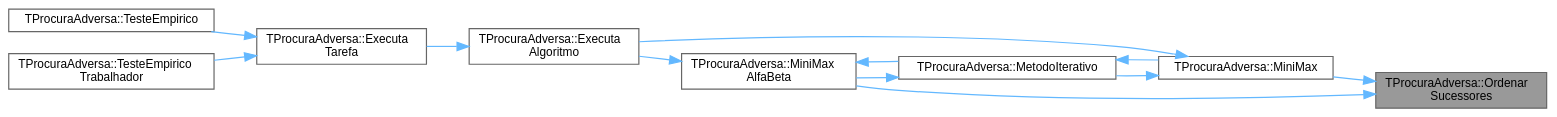
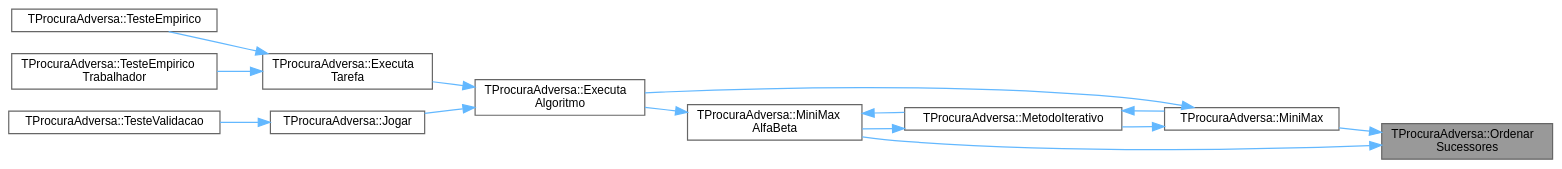
One commit to jcoelho72/TProcura changed the diagram in classTProcuraAdversa_a369a3b5182150b22fd6deb0d46916d49_icgraph.dot. Above: the diagram before and after it, drawn with Graphviz. The commit also changed 175 other files, not shown here.

```diff
--- a/classTProcuraAdversa_a369a3b5182150b22fd6deb0d46916d49_icgraph.dot
+++ b/classTProcuraAdversa_a369a3b5182150b22fd6deb0d46916d49_icgraph.dot
@@ -1,27 +1,31 @@
 digraph "TProcuraAdversa::OrdenarSucessores"
 {
  // LATEX_PDF_SIZE
   bgcolor="transparent";
   edge [fontname=Helvetica,fontsize=10,labelfontname=Helvetica,labelfontsize=10];
   node [fontname=Helvetica,fontsize=10,shape=box,height=0.2,width=0.4];
   rankdir="RL";
   Node1 [id="Node000001",label="TProcuraAdversa::Ordenar\lSucessores",height=0.2,width=0.4,color="gray40", fillcolor="grey60", style="filled", fontcolor="black",tooltip=" "];
   Node1 -> Node2 [id="edge1_Node000001_Node000002",dir="back",color="steelblue1",style="solid",tooltip=" "];
   Node2 [id="Node000002",label="TProcuraAdversa::MiniMax",height=0.2,width=0.4,color="grey40", fillcolor="white", style="filled",URL="$classTProcuraAdversa.html#a4d8542bcb03f17da8aa3038384104f24",tooltip="retorna o valor do estado actual, apos procura de profundidade nivel"];
   Node2 -> Node3 [id="edge2_Node000002_Node000003",dir="back",color="steelblue1",style="solid",tooltip=" "];
   Node3 [id="Node000003",label="TProcuraAdversa::Executa\lAlgoritmo",height=0.2,width=0.4,color="grey40", fillcolor="white", style="filled",URL="$classTProcuraAdversa.html#aff6f48defaa10c14d160ac3990fd029b",tooltip="Executa o algoritmo com os parametros atuais."];
   Node3 -> Node4 [id="edge3_Node000003_Node000004",dir="back",color="steelblue1",style="solid",tooltip=" "];
   Node4 [id="Node000004",label="TProcuraAdversa::Executa\lTarefa",height=0.2,width=0.4,color="grey40", fillcolor="white", style="filled",URL="$classTProcuraAdversa.html#aad206751268402eef355dd89415d1865",tooltip="Executa uma tarefa num teste empírico."];
   Node4 -> Node5 [id="edge4_Node000004_Node000005",dir="back",color="steelblue1",style="solid",tooltip=" "];
   Node5 [id="Node000005",label="TProcuraAdversa::TesteEmpirico",height=0.2,width=0.4,color="grey40", fillcolor="white", style="filled",URL="$classTProcuraAdversa.html#a80cd0f481e853ad9ef5625c6ff4dcc66",tooltip="Executa testes empíricos, em todas as configurações guardadas, nas instâncias selecionadas."];
   Node4 -> Node6 [id="edge5_Node000004_Node000006",dir="back",color="steelblue1",style="solid",tooltip=" "];
   Node6 [id="Node000006",label="TProcuraAdversa::TesteEmpirico\lTrabalhador",height=0.2,width=0.4,color="grey40", fillcolor="white", style="filled",URL="$classTProcuraAdversa.html#a46ecfb296c4c5b12397871f1d3a7f7b8",tooltip="Teste empírico com modo mestre-escravo (este é o escravo)"];
-  Node2 -> Node7 [id="edge6_Node000002_Node000007",dir="back",color="steelblue1",style="solid",tooltip=" "];
-  Node7 [id="Node000007",label="TProcuraAdversa::MetodoIterativo",height=0.2,width=0.4,color="grey40", fillcolor="white", style="filled",URL="$classTProcuraAdversa.html#a7c4153974c32753901326271fee90197",tooltip="iteração, aumentando o nível progressivamente"];
-  Node7 -> Node2 [id="edge7_Node000007_Node000002",dir="back",color="steelblue1",style="solid",tooltip=" "];
-  Node7 -> Node8 [id="edge8_Node000007_Node000008",dir="back",color="steelblue1",style="solid",tooltip=" "];
-  Node8 [id="Node000008",label="TProcuraAdversa::MiniMax\lAlfaBeta",height=0.2,width=0.4,color="grey40", fillcolor="white", style="filled",URL="$classTProcuraAdversa.html#adb3f857b1c8b3ee26682e335dc6ed601",tooltip="retorna o valor do estado actual, apos procura de profundidade nivel. Idêntico a MiniMax"];
-  Node8 -> Node3 [id="edge9_Node000008_Node000003",dir="back",color="steelblue1",style="solid",tooltip=" "];
-  Node8 -> Node7 [id="edge10_Node000008_Node000007",dir="back",color="steelblue1",style="solid",tooltip=" "];
-  Node1 -> Node8 [id="edge11_Node000001_Node000008",dir="back",color="steelblue1",style="solid",tooltip=" "];
+  Node3 -> Node7 [id="edge6_Node000003_Node000007",dir="back",color="steelblue1",style="solid",tooltip=" "];
+  Node7 [id="Node000007",label="TProcuraAdversa::Jogar",height=0.2,width=0.4,color="grey40", fillcolor="white", style="filled",URL="$classTProcuraAdversa.html#acddde96eeb7950c83032b5c4d16560e8",tooltip=" "];
+  Node7 -> Node8 [id="edge7_Node000007_Node000008",dir="back",color="steelblue1",style="solid",tooltip=" "];
+  Node8 [id="Node000008",label="TProcuraAdversa::TesteValidacao",height=0.2,width=0.4,color="grey40", fillcolor="white", style="filled",URL="$classTProcuraAdversa.html#a3ed3f97aa1c4881d7e4275b86317fd58",tooltip="Executa testes de validação, executando cada solução na instância respetiva, e verificando a sua vali..."];
+  Node2 -> Node9 [id="edge8_Node000002_Node000009",dir="back",color="steelblue1",style="solid",tooltip=" "];
+  Node9 [id="Node000009",label="TProcuraAdversa::MetodoIterativo",height=0.2,width=0.4,color="grey40", fillcolor="white", style="filled",URL="$classTProcuraAdversa.html#a7c4153974c32753901326271fee90197",tooltip="iteração, aumentando o nível progressivamente"];
+  Node9 -> Node2 [id="edge9_Node000009_Node000002",dir="back",color="steelblue1",style="solid",tooltip=" "];
+  Node9 -> Node10 [id="edge10_Node000009_Node000010",dir="back",color="steelblue1",style="solid",tooltip=" "];
+  Node10 [id="Node000010",label="TProcuraAdversa::MiniMax\lAlfaBeta",height=0.2,width=0.4,color="grey40", fillcolor="white", style="filled",URL="$classTProcuraAdversa.html#adb3f857b1c8b3ee26682e335dc6ed601",tooltip="retorna o valor do estado actual, apos procura de profundidade nivel. Idêntico a MiniMax"];
+  Node10 -> Node3 [id="edge11_Node000010_Node000003",dir="back",color="steelblue1",style="solid",tooltip=" "];
+  Node10 -> Node9 [id="edge12_Node000010_Node000009",dir="back",color="steelblue1",style="solid",tooltip=" "];
+  Node1 -> Node10 [id="edge13_Node000001_Node000010",dir="back",color="steelblue1",style="solid",tooltip=" "];
 }
```
